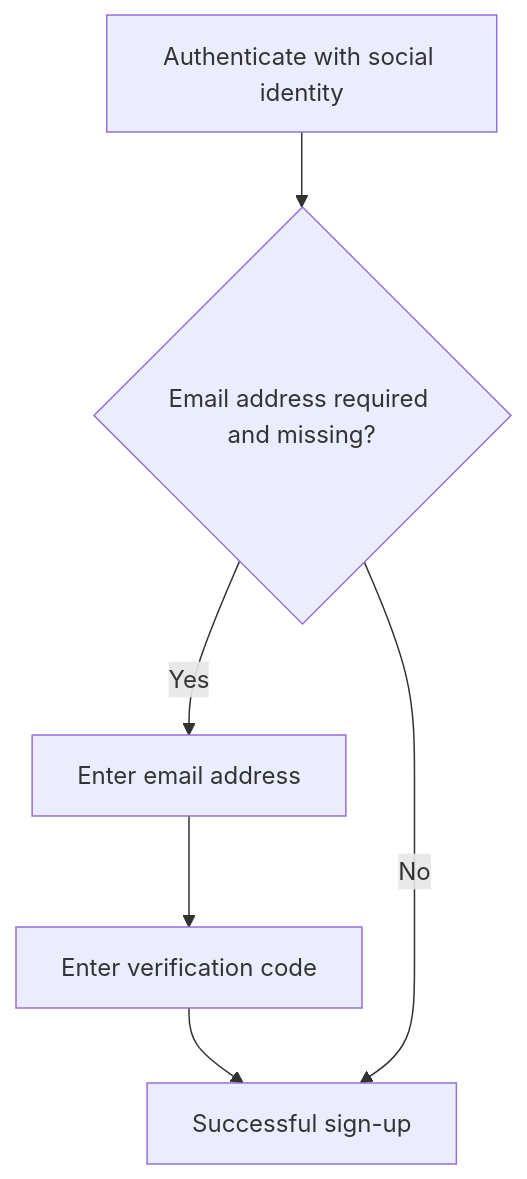
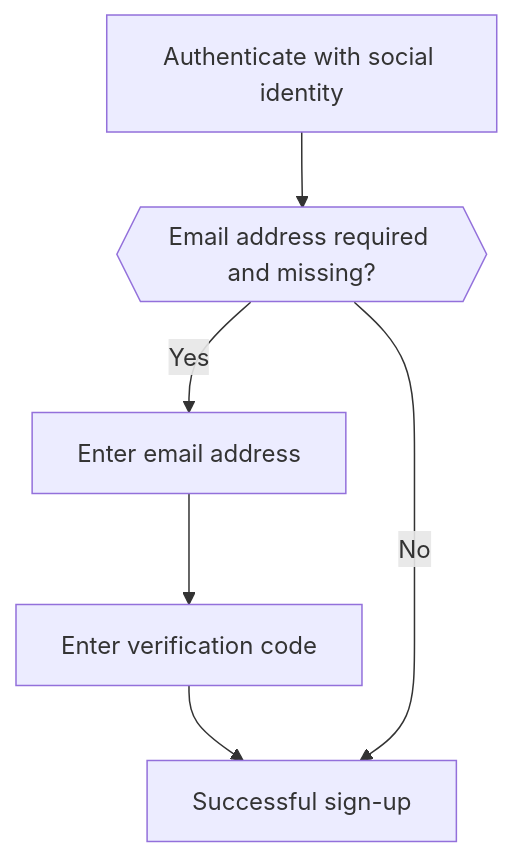
One commit to logto-io/docs changed the fourth of 5 diagrams in docs/end-user-flows/sign-up-and-sign-in/social-sign-in.mdx. Above: the diagram before and after it, drawn with Mermaid. The commit also changed other lines of this file and 3 other files, not shown here.

First line of the commit message:
fix: update the mermaid flowchart

````diff
--- a/docs/end-user-flows/sign-up-and-sign-in/social-sign-in.mdx
+++ b/docs/end-user-flows/sign-up-and-sign-in/social-sign-in.mdx
@@ -133,8 +133,8 @@
    ```mermaid
    flowchart TD
-      A[Authenticate with social identity] --> B{Email address required and missing?}
+      A[Authenticate with social identity] --> B{{Email address required and missing?}}
       B -- Yes --> C[Enter email address]
       C --> D[Enter verification code]
       D --> E[Successful sign-up]
       B -- No --> E
    ```
````
